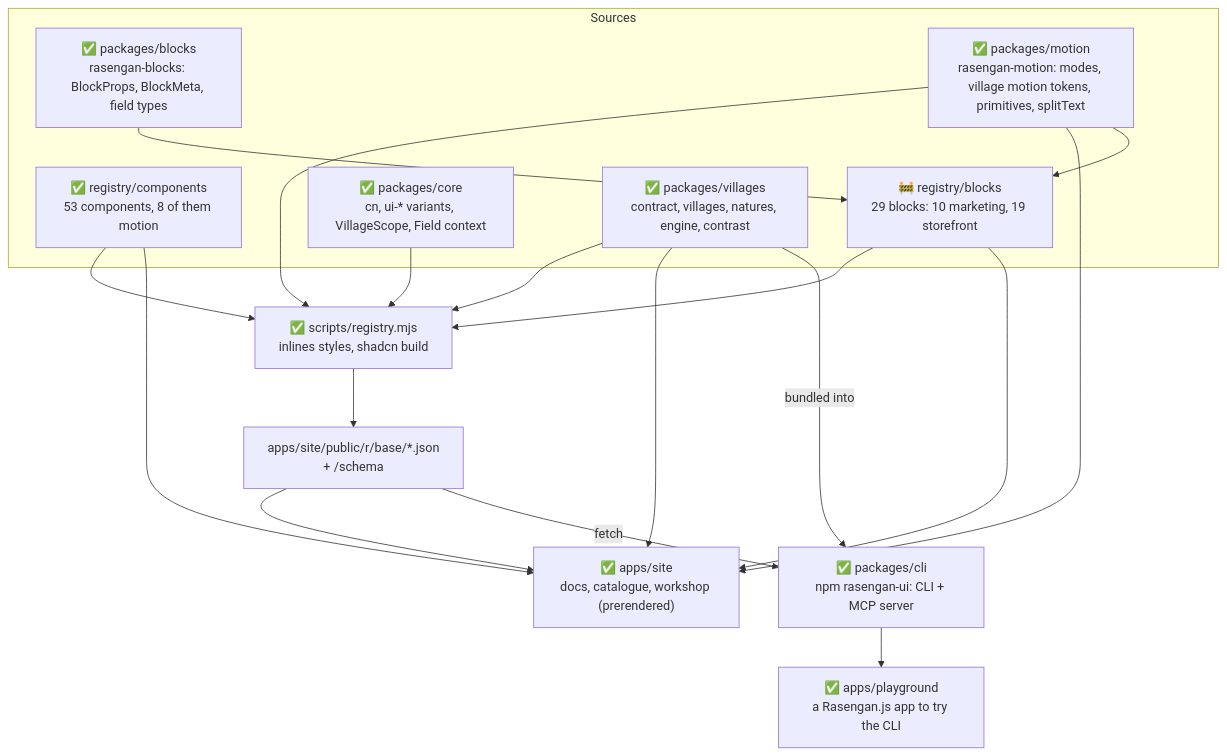
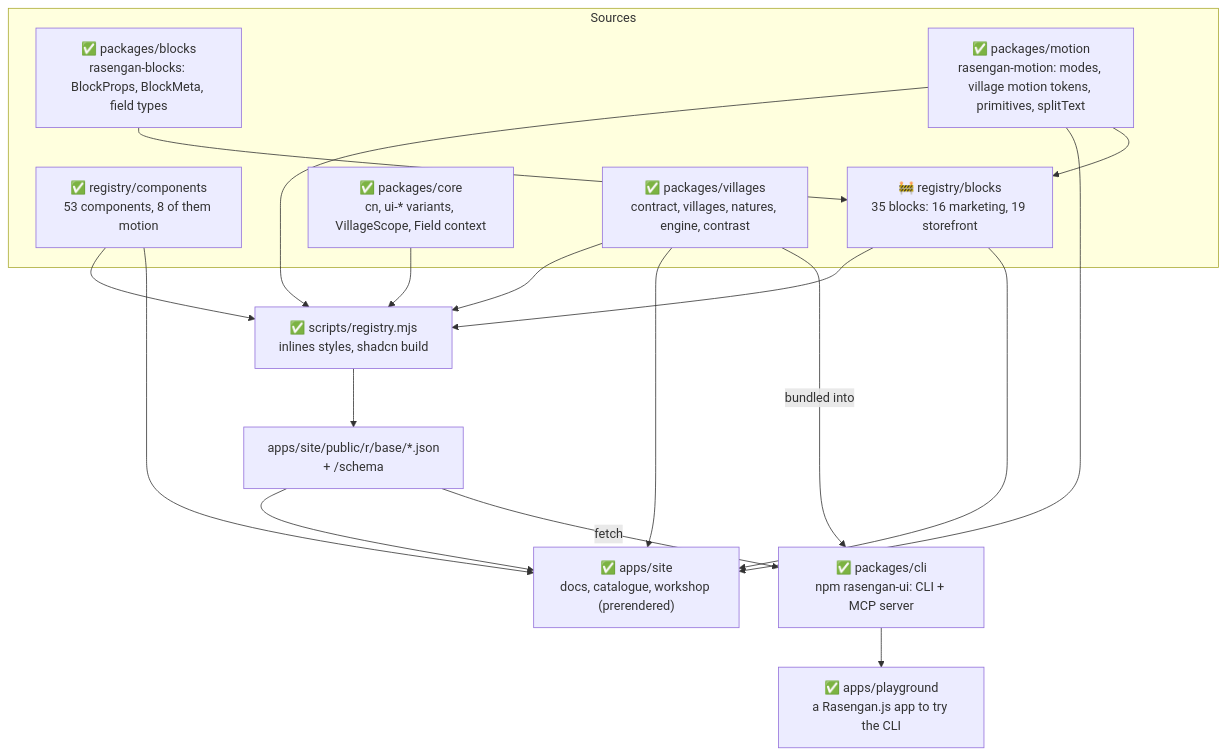
Before and after one commit to rasengan-dev/rasengan-ui: the second of 5 diagrams in docs/architecture.md, drawn with Mermaid. The commit also changed other lines of this file and 46 other files, not shown here.

````diff
--- a/docs/architecture.md
+++ b/docs/architecture.md
@@ -41,34 +41,34 @@
 ```mermaid
 flowchart TB
   subgraph source[Sources]
     comps["✅ registry/components<br/>53 components, 8 of them motion"]
-    blocks["🚧 registry/blocks<br/>29 blocks: 10 marketing, 19 storefront"]
+    blocks["🚧 registry/blocks<br/>35 blocks: 16 marketing, 19 storefront"]
     blockslib["✅ packages/blocks<br/>rasengan-blocks: BlockProps, BlockMeta, field types"]
     core["✅ packages/core<br/>cn, ui-* variants, VillageScope, Field context"]
     villages["✅ packages/villages<br/>contract, villages, natures, engine, contrast"]
     motion["✅ packages/motion<br/>rasengan-motion: modes, village motion tokens, primitives, splitText"]
   end
 
   build["✅ scripts/registry.mjs<br/>inlines styles, shadcn build"]
   public["apps/site/public/r/base/*.json<br/>+ /schema"]
   site["✅ apps/site<br/>docs, catalogue, workshop (prerendered)"]
   cli["✅ packages/cli<br/>npm rasengan-ui: CLI + MCP server"]
   play["✅ apps/playground<br/>a Rasengan.js app to try the CLI"]
 
   comps --> build
   core --> build
   villages --> build
   build --> public
   public --> site
   villages --> site
   comps --> site
   public -- fetch --> cli
   villages -- bundled into --> cli
   cli --> play
   motion --> build
   motion --> site
   motion --> blocks
   blockslib --> blocks
   blocks --> build
   blocks --> site
 ```
````
